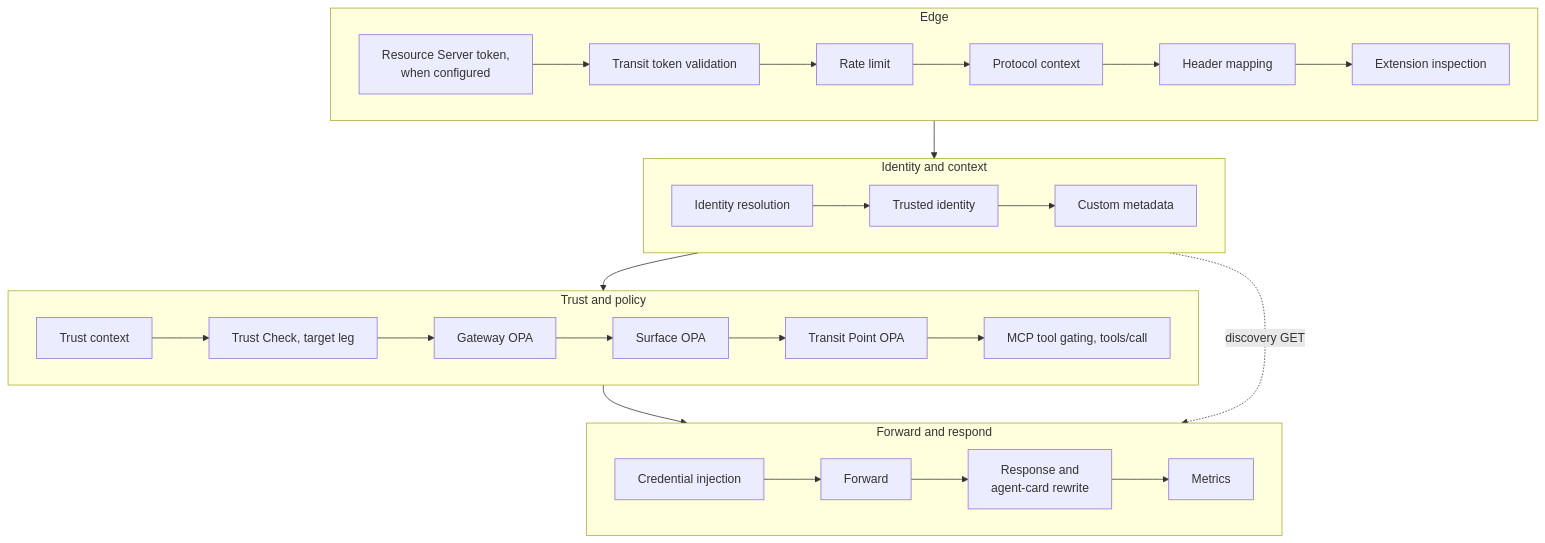
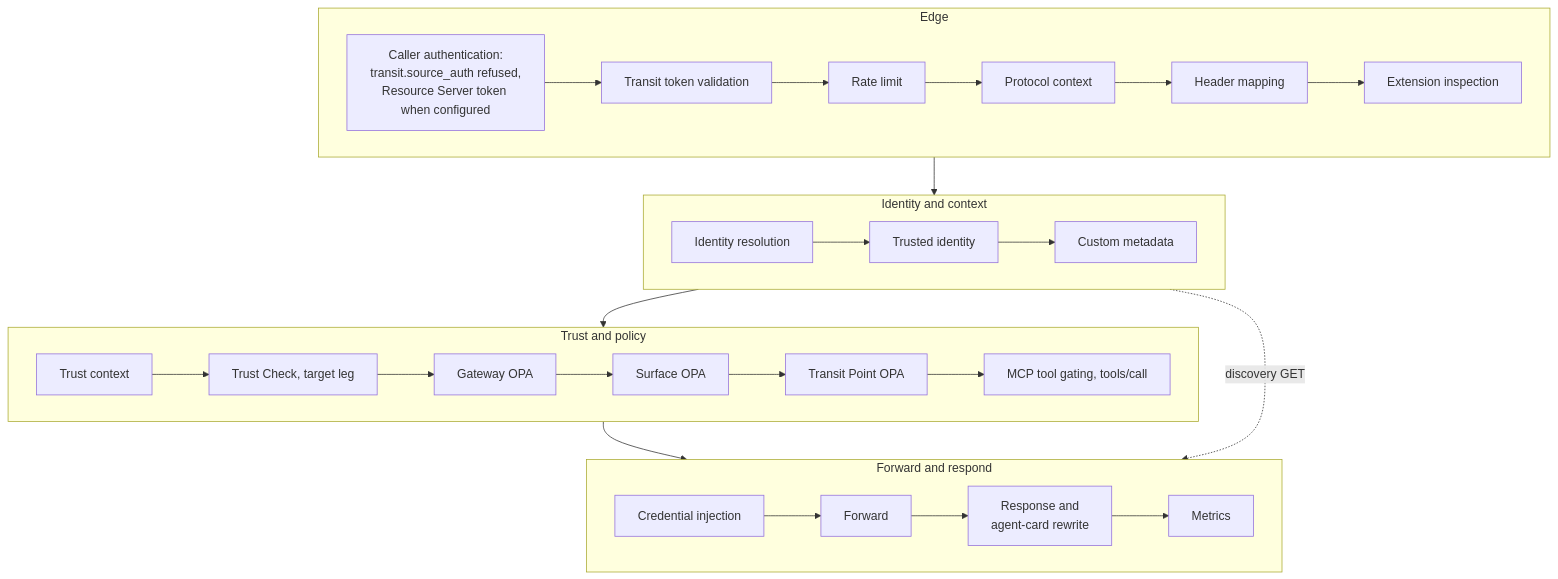
The second of 4 diagrams in ARCHITECTURE.md (affinidi-ai/agent-gateway), drawn with Mermaid before and after one commit. The commit also changed other lines of this file and 15 other files, not shown here.

First line of the commit message:
fix: refuse Transit Point requests when transit.source_auth is set

````diff
--- a/ARCHITECTURE.md
+++ b/ARCHITECTURE.md
@@ -171,21 +171,21 @@
 ```mermaid
 flowchart TB
     subgraph E["Edge"]
         direction LR
-        AR["Resource Server token,<br/>when configured"] --> A0[Transit token validation] --> A2[Rate limit] --> A3[Protocol context] --> A4[Header mapping] --> A5[Extension inspection]
+        AR["Caller authentication:<br/>transit.source_auth refused,<br/>Resource Server token when configured"] --> A0[Transit token validation] --> A2[Rate limit] --> A3[Protocol context] --> A4[Header mapping] --> A5[Extension inspection]
     end
     subgraph I["Identity and context"]
         direction LR
         B1[Identity resolution] --> B2[Trusted identity] --> B3[Custom metadata]
     end
     subgraph P["Trust and policy"]
         direction LR
         C0[Trust context] --> C1["Trust Check, target leg"] --> C2[Gateway OPA] --> C3[Surface OPA] --> C4[Transit Point OPA] --> C5["MCP tool gating, tools/call"]
     end
     subgraph F["Forward and respond"]
         direction LR
         D0[Credential injection] --> D1[Forward] --> D2["Response and<br/>agent-card rewrite"] --> D3[Metrics]
     end
     E --> I --> P --> F
     I -. discovery GET .-> F
 ```
````
